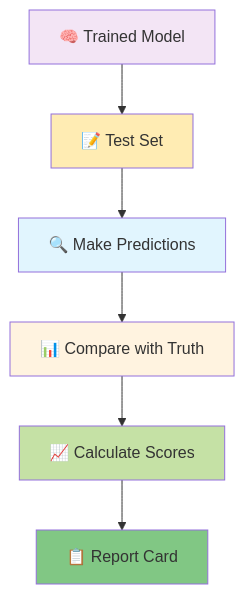
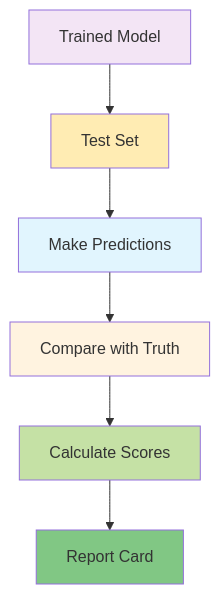
Before and after one commit to SITES-spectral/phenocai: the first of 16 diagrams in docs/workflow_evaluation.md, drawn with Mermaid. The commit also changed other lines of this file and 4 other files, not shown here.

````diff
--- a/docs/workflow_evaluation.md
+++ b/docs/workflow_evaluation.md
@@ -7,15 +7,15 @@
 ```mermaid
 graph TD
-    A[🧠 Trained Model] --> B[📝 Test Set]
-    B --> C[🔍 Make Predictions]
-    C --> D[📊 Compare with Truth]
-    D --> E[📈 Calculate Scores]
-    E --> F[📋 Report Card]
+    A[Trained Model] --> B[Test Set]
+    B --> C[Make Predictions]
+    C --> D[Compare with Truth]
+    D --> E[Calculate Scores]
+    E --> F[Report Card]
     
     style A fill:#f3e5f5
     style B fill:#ffecb3
     style C fill:#e1f5fe
     style D fill:#fff3e0
     style E fill:#c5e1a5
     style F fill:#81c784
 ```
````
